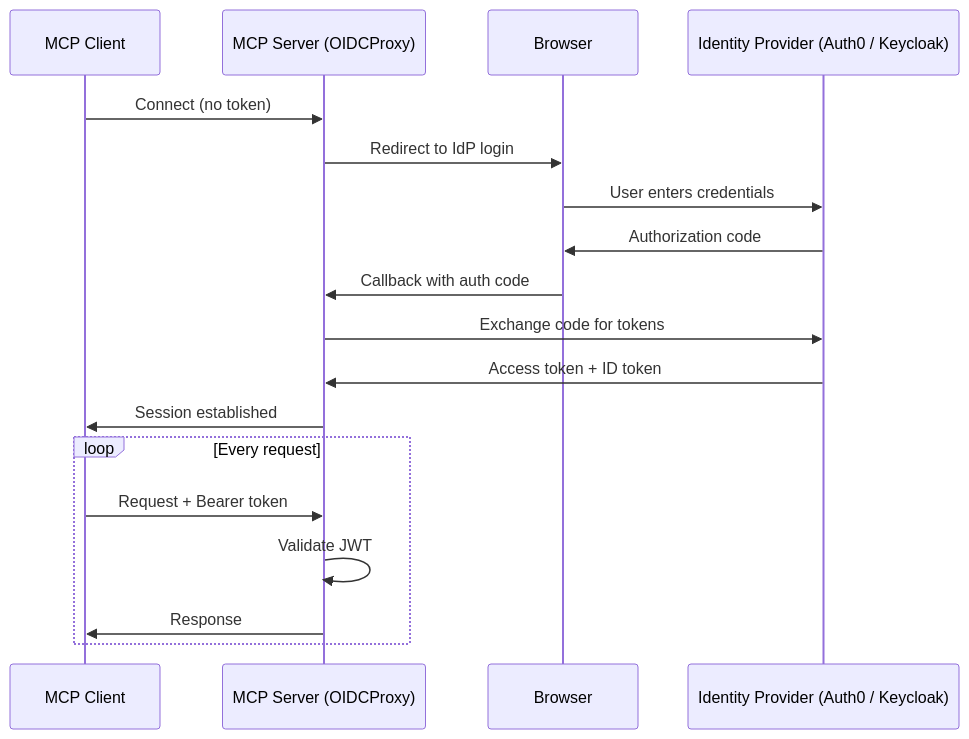
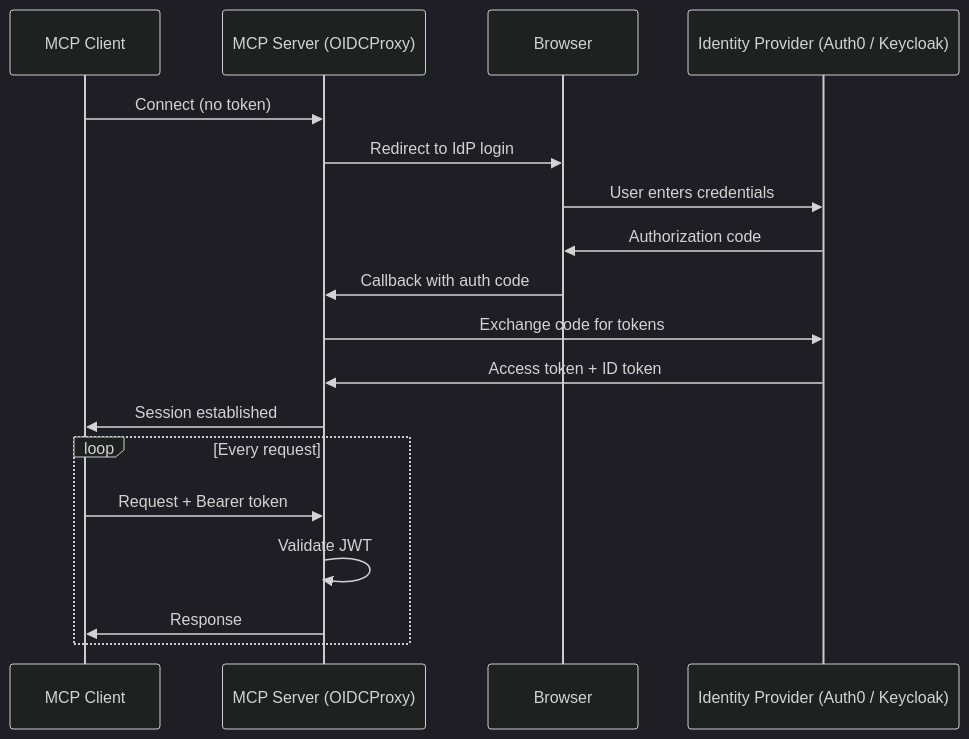
The first of 2 diagrams in docs/authentication/index.md (ActianCorp/mcp-server-docs), drawn with Mermaid before and after one commit. The commit also changed other lines of this file and 4 other files, not shown here.

````diff
--- a/docs/authentication/index.md
+++ b/docs/authentication/index.md
@@ -16,23 +16,23 @@
 ```mermaid
-%%{init: {'theme': 'default', 'themeVariables': {'fontSize': '20px'}}}%%
+%%{init: {'theme': 'dark', 'themeVariables': {'fontSize': '18px', 'fontFamily': 'arial'}}}%%
 sequenceDiagram
     participant Client as MCP Client
     participant Server as MCP Server (OIDCProxy)
     participant Browser as Browser
     participant IdP as Identity Provider (Auth0 / Keycloak)
 
     Client->>Server: Connect (no token)
     Server->>Browser: Redirect to IdP login
     Browser->>IdP: User enters credentials
     IdP->>Browser: Authorization code
     Browser->>Server: Callback with auth code
     Server->>IdP: Exchange code for tokens
     IdP->>Server: Access token + ID token
     Server->>Client: Session established
 
     loop Every request
         Client->>Server: Request + Bearer token
         Server->>Server: Validate JWT
         Server->>Client: Response
     end
 ```
````
